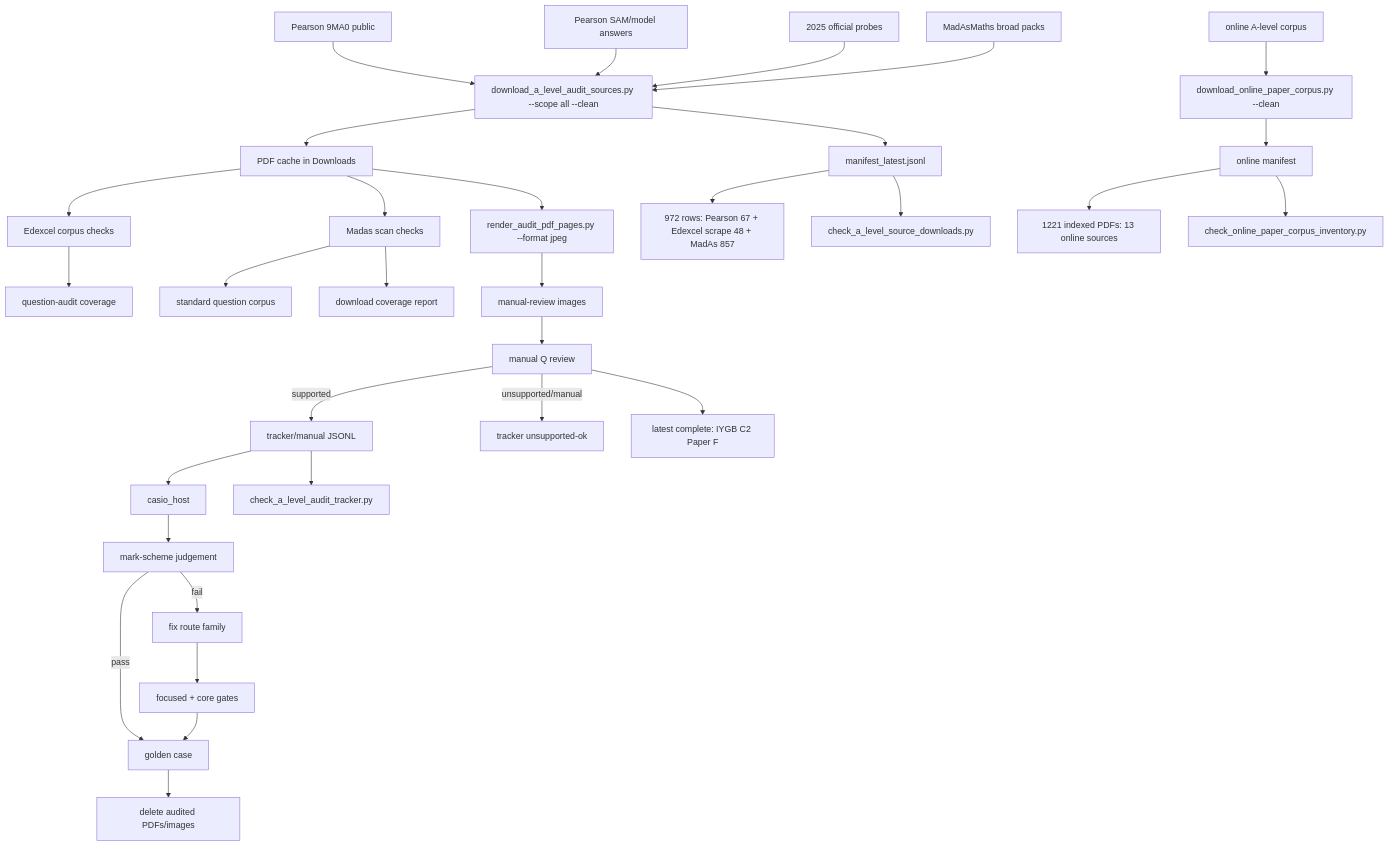
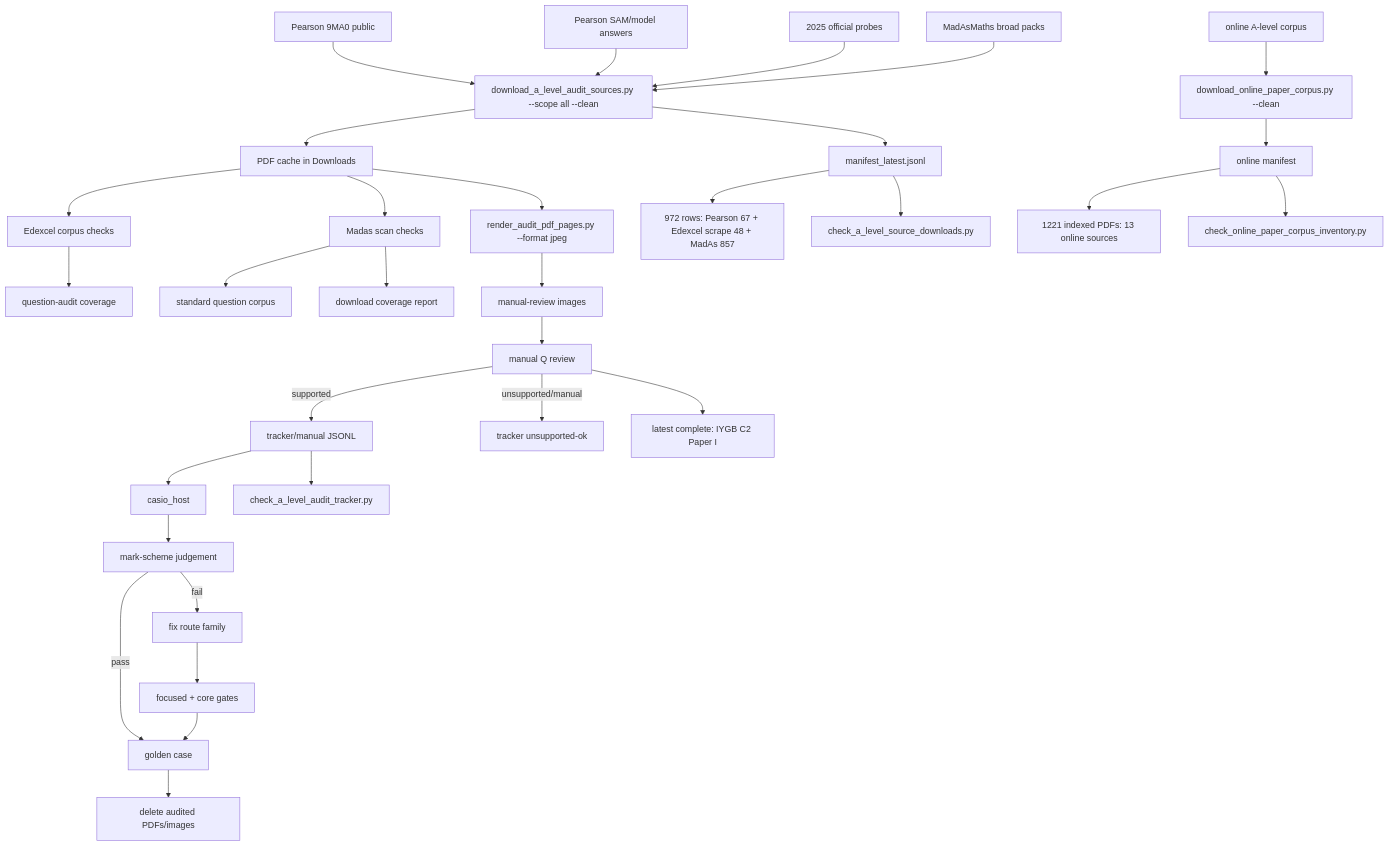
Before and after one commit to james8464/notes-addin-casio-fx-cg50: the diagram in c++/tools/golden/a_level_audit_graph.md, drawn with Mermaid. The commit also changed other lines of this file and 2 other files, not shown here.

Commit message:
Audit IYGB C2 Paper I

````diff
--- a/c++/tools/golden/a_level_audit_graph.md
+++ b/c++/tools/golden/a_level_audit_graph.md
@@ -3,34 +3,34 @@
 ```mermaid
 graph TD
   E1["Pearson 9MA0 public"] --> D["download_a_level_audit_sources.py --scope all --clean"]
   E2["Pearson SAM/model answers"] --> D
   E3["2025 official probes"] --> D
   M1["MadAsMaths broad packs"] --> D
   O1["online A-level corpus"] --> OD["download_online_paper_corpus.py --clean"]
   D --> P["PDF cache in Downloads"]
   D --> X["manifest_latest.jsonl"]
   OD --> OX["online manifest"]
   X --> XC["972 rows: Pearson 67 + Edexcel scrape 48 + MadAs 857"]
   OX --> OC["1221 indexed PDFs: 13 online sources"]
   X --> V["check_a_level_source_downloads.py"]
   OX --> OV["check_online_paper_corpus_inventory.py"]
   P --> E["Edexcel corpus checks"]
   E --> EQ["question-audit coverage"]
   P --> S["Madas scan checks"]
   S --> M["standard question corpus"]
   S --> MC["download coverage report"]
   P --> R["render_audit_pdf_pages.py --format jpeg"]
   R --> I["manual-review images"]
   I --> Q["manual Q review"]
   Q -->|supported| J["tracker/manual JSONL"]
   Q -->|unsupported/manual| U["tracker unsupported-ok"]
   J --> H["casio_host"]
   J --> K["check_a_level_audit_tracker.py"]
   H --> C["mark-scheme judgement"]
   C -->|pass| G["golden case"]
   C -->|fail| F["fix route family"]
   F --> T["focused + core gates"]
   T --> G
   G --> Z["delete audited PDFs/images"]
-  Q --> Qt["latest complete: IYGB C2 Paper F"]
+  Q --> Qt["latest complete: IYGB C2 Paper I"]
 ```
````
